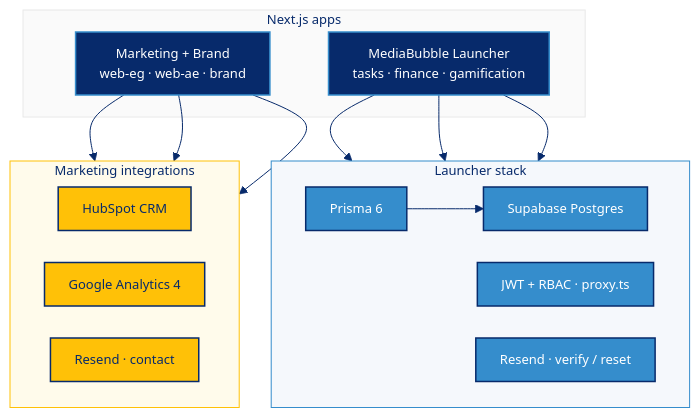
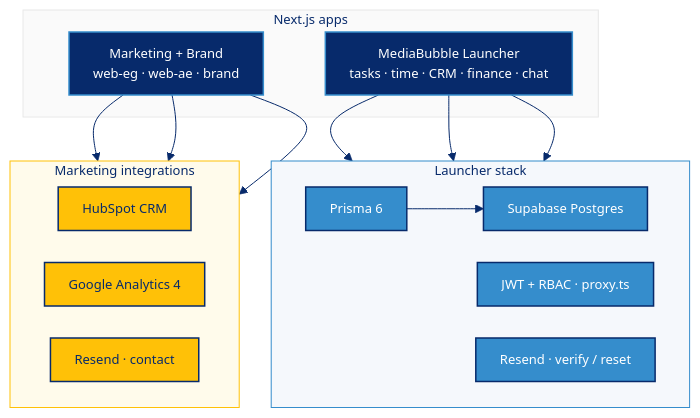
Before and after one commit to mediabubble-adv/mediaBubble: the second of 2 diagrams in README.md, drawn with Mermaid. The commit also changed other lines of this file and 164 other files, not shown here.

First line of the commit message:
feat(launcher): ship Phase 2 ops modules and client portal slice

````diff
--- a/README.md
+++ b/README.md
@@ -135,43 +143,43 @@
 ```mermaid
 %%{init: {"theme":"base","themeVariables":{"fontFamily":"Poppins, Inter, system-ui, sans-serif","fontSize":"13px","lineColor":"#072A6B","primaryTextColor":"#072A6B","primaryBorderColor":"#358DCC","clusterBkg":"#FAFAFA","clusterBorder":"#E8E8E8","titleColor":"#072A6B","edgeLabelBackground":"#FFFFFF"},"flowchart":{"curve":"basis","nodeSpacing":32,"rankSpacing":44,"padding":12}}}%%
 flowchart TB
   subgraph surfaces ["Next.js apps"]
     PUB["Marketing + Brand<br/>web-eg · web-ae · brand"]
-    OPS["MediaBubble Launcher<br/>tasks · finance · gamification"]
+    OPS["MediaBubble Launcher<br/>tasks · time · CRM · finance · chat"]
   end
 
   subgraph marketing_ext ["Marketing integrations"]
     direction LR
     HS["HubSpot CRM"]
     GA["Google Analytics 4"]
     RSC["Resend · contact"]
   end
 
   subgraph launcher_ext ["Launcher stack"]
     direction LR
     PR["Prisma 6"]
     DB["Supabase Postgres"]
     AUTH["JWT + RBAC · proxy.ts"]
     RSL["Resend · verify / reset"]
   end
 
   PUB --> HS
   PUB --> GA
   PUB --> RSC
   OPS --> AUTH
   OPS --> PR
   PR --> DB
   OPS --> RSL
 
   classDef surface fill:#072A6B,stroke:#358DCC,color:#FFFFFF,stroke-width:1.5px
   classDef mkt fill:#FFC107,stroke:#072A6B,color:#072A6B,stroke-width:1.5px
   classDef ops fill:#358DCC,stroke:#072A6B,color:#FFFFFF,stroke-width:1.5px
 
   class PUB,OPS surface
   class HS,GA,RSC mkt
   class PR,DB,AUTH,RSL ops
 
   style surfaces fill:#FAFAFA,stroke:#E8E8E8,stroke-width:1px,color:#072A6B
   style marketing_ext fill:#FFFBEB,stroke:#FFC107,stroke-width:1px,color:#072A6B
   style launcher_ext fill:#F5F8FC,stroke:#358DCC,stroke-width:1px,color:#072A6B
 ```
````
